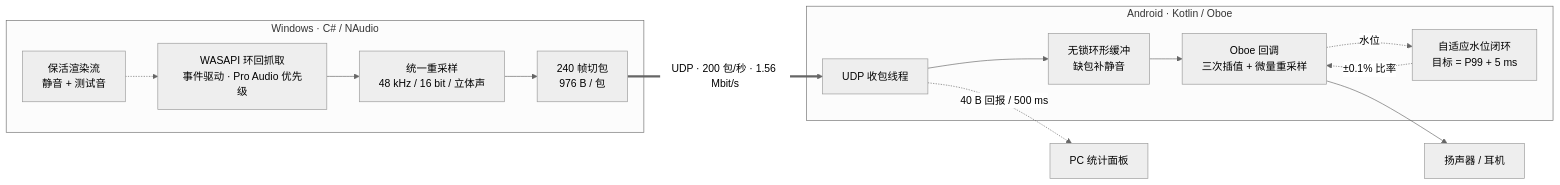
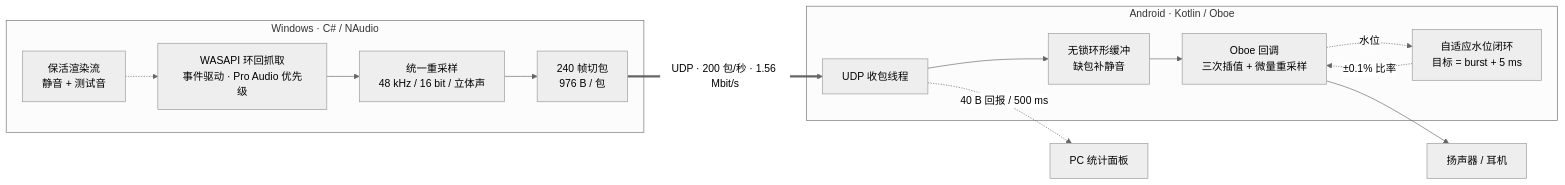
The diagram in README.md (Creat319/EchoLink), drawn with Mermaid (neutral theme) before and after one commit. The commit also changed other lines of this file and 20 other files, not shown here.

````diff
--- a/README.md
+++ b/README.md
@@ -64,20 +64,20 @@
 ```mermaid
 flowchart LR
     subgraph PC["Windows · C# / NAudio"]
         A["WASAPI 环回抓取<br/>事件驱动 · Pro Audio 优先级"] --> B["统一重采样<br/>48 kHz / 16 bit / 立体声"]
         B --> C["240 帧切包<br/>976 B / 包"]
         K["保活渲染流<br/>静音 + 测试音"] -.-> A
     end
 
     subgraph PHONE["Android · Kotlin / Oboe"]
         D["UDP 收包线程"] --> E["无锁环形缓冲<br/>缺包补静音"]
         E --> F["Oboe 回调<br/>三次插值 + 微量重采样"]
-        H["自适应水位闭环<br/>目标 = P99 + 5 ms"]
+        H["自适应水位闭环<br/>目标 = burst + 5 ms"]
         H -.->|"±0.1% 比率"| F
     end
 
     C ==>|"UDP · 200 包/秒 · 1.56 Mbit/s"| D
     F -.->|"水位"| H
     F --> G["扬声器 / 耳机"]
     D -.->|"40 B 回报 / 500 ms"| L["PC 统计面板"]
 ```
````
